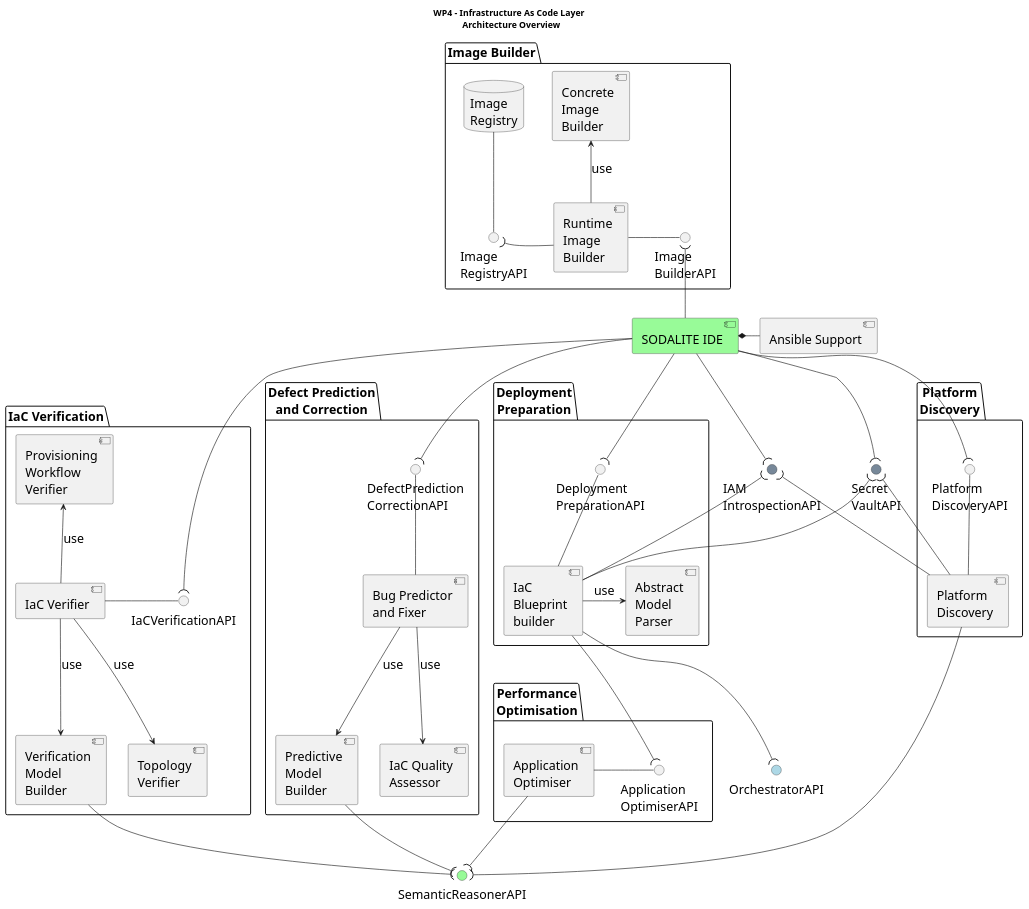
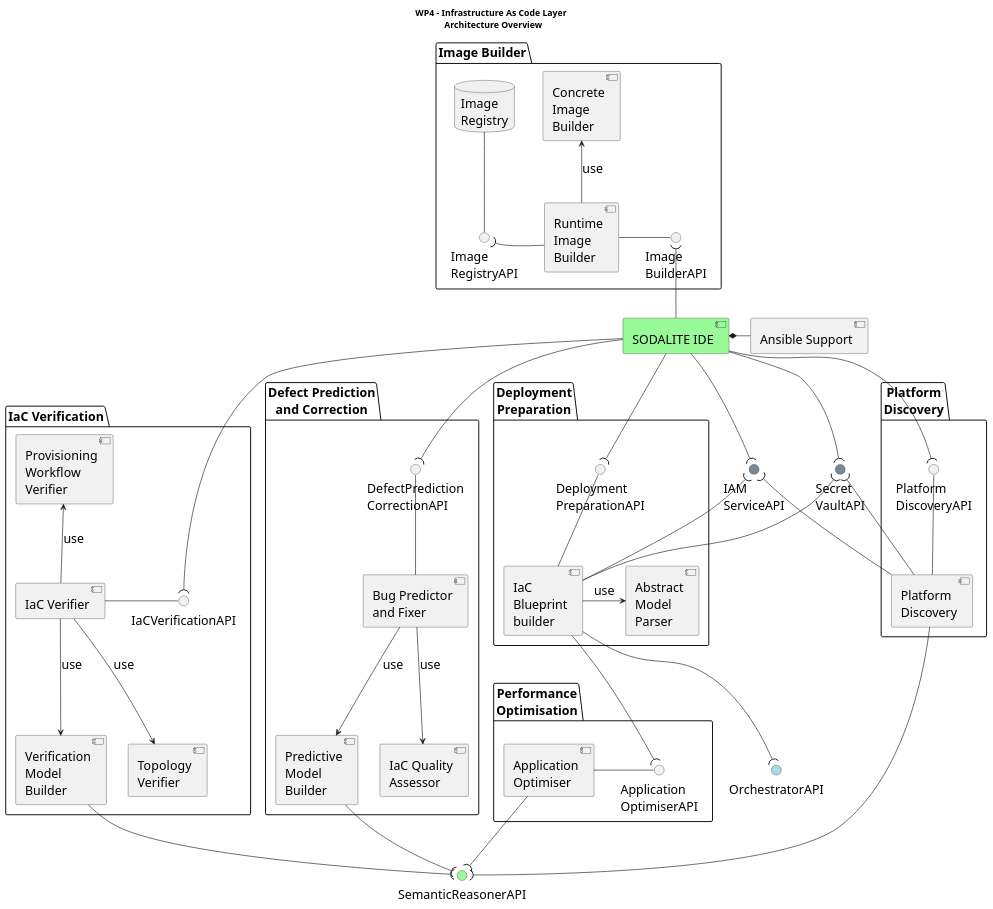
One commit to SODALITE-EU/project-wide-documentation changed the diagram in uml/component-diagrams/CD-WP4-ArchitectureOverview.puml. Above: the diagram before and after it, drawn with PlantUML.

Commit message:
Renamed IAMIntrospectionAPI to IAMServiceAPI
Renamed IAMIntrospectionAPI to IAMServiceAPI

```diff
--- a/uml/component-diagrams/CD-WP4-ArchitectureOverview.puml
+++ b/uml/component-diagrams/CD-WP4-ArchitectureOverview.puml
@@ -1,99 +1,99 @@
 @startuml
 
 title WP4 - Infrastructure As Code Layer \n Architecture Overview
 
 skinparam fixCircleLabelOverlapping true 
 skinparam defaultFontSize 20
 
 'reference to WP3
 component "SODALITE IDE" as cSIDE #PaleGreen
 component "Ansible Support" as cAnsible
 cSIDE*-r-cAnsible
 
 'Modelling Layer APIs
 interface "SemanticReasonerAPI"  as repoEndpoint #PaleGreen
 
 'security APIs
 interface "Secret\nVaultAPI" as VaultAPI #LightSlateGrey
-interface "IAM\nIntrospectionAPI" as iIAM #LightSlateGrey
+interface "IAM\nServiceAPI" as iIAM #LightSlateGrey
 
 'Runtime Layer APIs
 interface "OrchestratorAPI"  as orchEndpoint #LightBlue
 
 'WP4 components and packages
 package "Deployment\nPreparation" as pDP {
     component [Abstract\nModel\nParser] as cAbstractModelParser
     component [IaC\nBlueprint\nbuilder] as cIaCBlueprintBuilder
     cIaCBlueprintBuilder -r-> cAbstractModelParser:use
     interface "Deployment\nPreparationAPI"  as iBluePrintGeneratorAPI
     cIaCBlueprintBuilder -u- iBluePrintGeneratorAPI    
 }
 
 package "Image Builder" {
     component [Runtime\nImage\nBuilder] as cRuntimeImageBuilder
     component [Concrete\nImage\nBuilder] as cConcreteImageBuilder
     interface "Image\nBuilderAPI"  as iRuntimeImageBuilder
     database "Image\nRegistry" as dIR
     interface "Image\nRegistryAPI" as iIRDataAccess
     cRuntimeImageBuilder -r- iRuntimeImageBuilder
     cRuntimeImageBuilder -u-> cConcreteImageBuilder:use
     dIR -- iIRDataAccess
     cRuntimeImageBuilder -l-( iIRDataAccess
 }
 
 package "IaC Verification" as pIV {
     component [IaC Verifier] as cIaCVerifier
     interface "IaCVerificationAPI"  as iIaCVerifier
     cIaCVerifier -r- iIaCVerifier
     component [Verification\nModel\nBuilder] as cVerificationModelBuilder
     component [Topology\nVerifier] as cTopologyVerifier
     component [Provisioning\nWorkflow\nVerifier] as cProvisioningWorkflowVerifier
     cIaCVerifier -d-> cVerificationModelBuilder:use
     cIaCVerifier -d-> cTopologyVerifier:use
     cIaCVerifier -u-> cProvisioningWorkflowVerifier:use
 }
 
 package "Defect Prediction\nand Correction" as pDPC {
     component [Bug Predictor\nand Fixer ] as cBugPredictorAndFixer
     interface "DefectPrediction\nCorrectionAPI"  as iBugPredictorAndFixer
     cBugPredictorAndFixer -u- iBugPredictorAndFixer
     component [Predictive\nModel\nBuilder] as cPredictiveModelBuilder
     component [IaC Quality\nAssessor] as cIaCQualityAssessor
     cBugPredictorAndFixer --> cIaCQualityAssessor:use
     cBugPredictorAndFixer --> cPredictiveModelBuilder:use
 }
 
 package "Performance\nOptimisation" as packagePO {
     component "Application\nOptimiser" as cApplicationOptimiser
     interface "Application\nOptimiserAPI"  as iApplicationOptimiser
     cApplicationOptimiser -r- iApplicationOptimiser
 }
 
 
 package "Platform\nDiscovery" as packagePD {
     component "Platform\nDiscovery" as cPlatformDiscovery
     interface "Platform\nDiscoveryAPI"  as iPlatformDiscovery
     cPlatformDiscovery -u- iPlatformDiscovery
 }
 
 cSIDE -d-( iBluePrintGeneratorAPI
 cSIDE -d-( iIaCVerifier
 cSIDE -d-( iBugPredictorAndFixer
 cSIDE -d-( iPlatformDiscovery
 cSIDE -d-( iIAM
 cSIDE -d-( VaultAPI
 
 cIaCBlueprintBuilder -d-( iApplicationOptimiser
 cSIDE -u-( iRuntimeImageBuilder
 
 cPredictiveModelBuilder -d-( repoEndpoint
 cVerificationModelBuilder -d-( repoEndpoint
 cApplicationOptimiser -d-( repoEndpoint
 cPlatformDiscovery -d-( repoEndpoint
 
 cPlatformDiscovery -u-( iIAM
 cPlatformDiscovery -u-( VaultAPI
 cIaCBlueprintBuilder -u-( iIAM
 cIaCBlueprintBuilder -u-( VaultAPI
 cIaCBlueprintBuilder -d-( orchEndpoint
 @enduml
```
